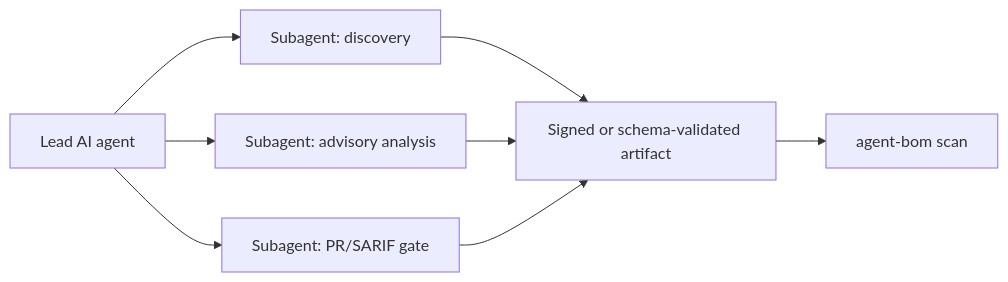
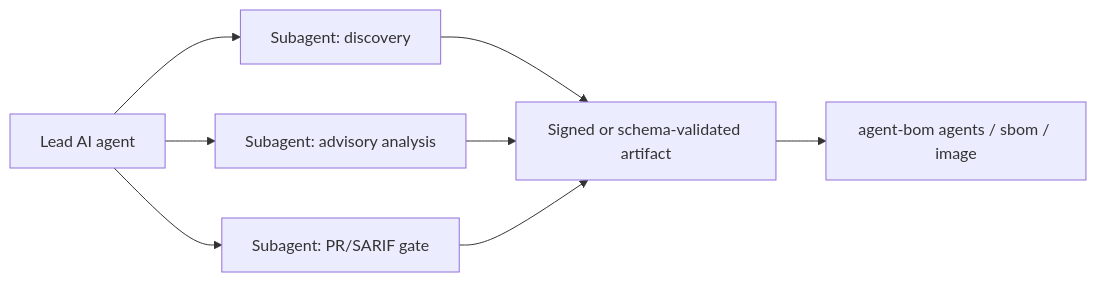
Before and after one commit to msaad00/agent-bom: the fourth of 5 diagrams in site-docs/architecture/agentic-skills-architecture.md, drawn with Mermaid. The commit also changed 14 other files, not shown here.

````diff
--- a/site-docs/architecture/agentic-skills-architecture.md
+++ b/site-docs/architecture/agentic-skills-architecture.md
@@ -127,17 +127,17 @@
 ```mermaid
 flowchart LR
     Lead["Lead AI agent"]
     SA1["Subagent: discovery"]
     SA2["Subagent: advisory analysis"]
     SA3["Subagent: PR/SARIF gate"]
     Contract["Signed or schema-validated artifact"]
-    AB["agent-bom scan"]
+    AB["agent-bom agents / sbom / image"]
 
     Lead --> SA1
     Lead --> SA2
     Lead --> SA3
     SA1 --> Contract
     SA2 --> Contract
     SA3 --> Contract
     Contract --> AB
 ```
````
